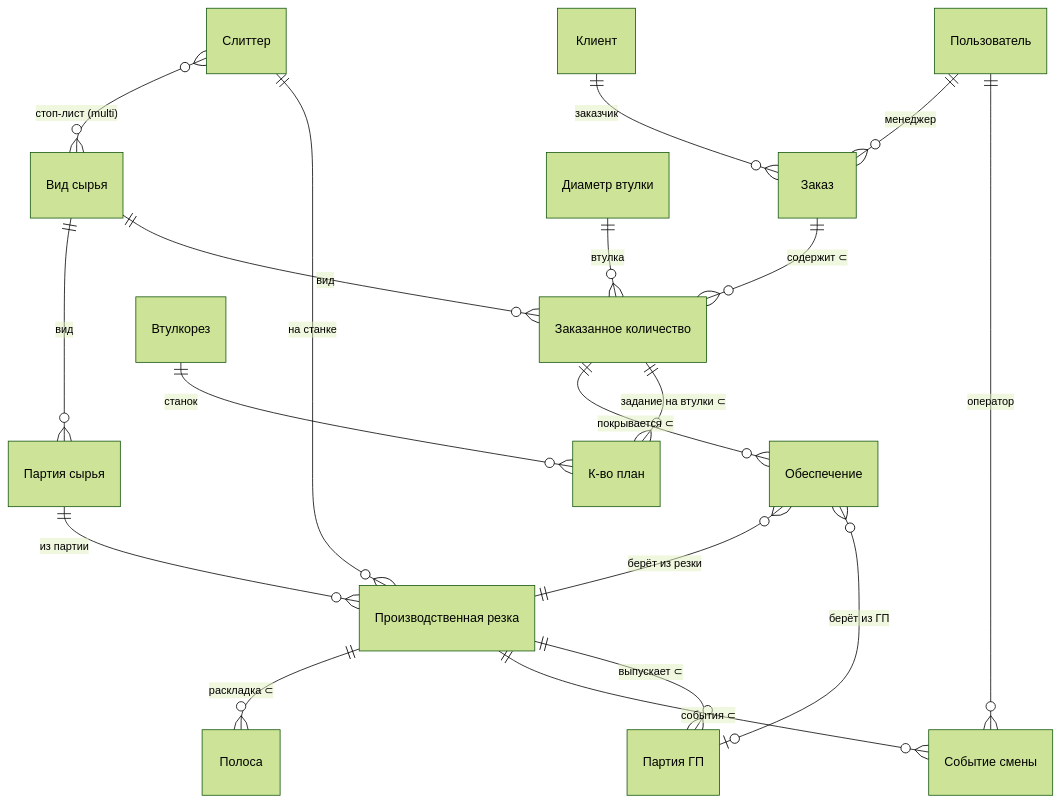
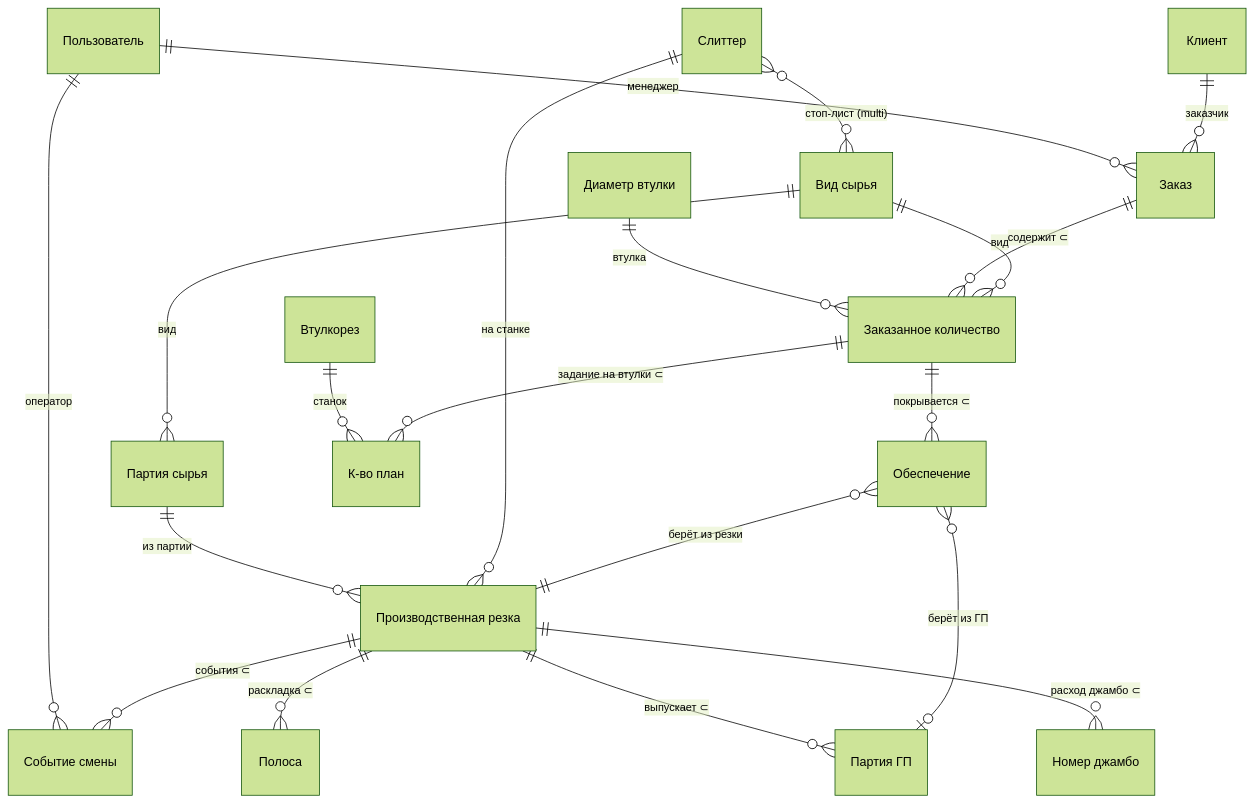
Before and after one commit to ideav/crm: the first of 2 diagrams in docs/atex_data_schema.md, drawn with Mermaid (forest theme). The commit also changed other lines of this file and 4 other files, not shown here.

First line of the commit message:
feat(atex-slitter #4860): расход джамбо — номер, рабочий расход, к списанию

````diff
--- a/docs/atex_data_schema.md
+++ b/docs/atex_data_schema.md
@@ -90,21 +91,22 @@
 ```mermaid
 erDiagram
     "Вид сырья"            ||--o{ "Партия сырья"          : "вид"
     "Вид сырья"            ||--o{ "Заказанное количество"        : "вид"
     "Слиттер"             }o--o{ "Вид сырья"             : "стоп-лист (multi)"
     "Клиент"               ||--o{ "Заказ"                 : "заказчик"
     "Пользователь"         ||--o{ "Заказ"                 : "менеджер"
     "Заказ"                ||--o{ "Заказанное количество"        : "содержит ⊂"
     "Заказанное количество"       ||--o{ "Обеспечение"           : "покрывается ⊂"
     "Заказанное количество"       ||--o{ "К-во план"             : "задание на втулки ⊂"
     "Диаметр втулки"       ||--o{ "Заказанное количество"        : "втулка"
     "Втулкорез"            ||--o{ "К-во план"             : "станок"
     "Обеспечение"          }o--|| "Производственная резка": "берёт из резки"
     "Обеспечение"          }o--o| "Партия ГП"             : "берёт из ГП"
     "Слиттер"             ||--o{ "Производственная резка" : "на станке"
     "Партия сырья"         ||--o{ "Производственная резка" : "из партии"
     "Производственная резка" ||--o{ "Полоса"              : "раскладка ⊂"
     "Производственная резка" ||--o{ "Событие смены"        : "события ⊂"
     "Производственная резка" ||--o{ "Партия ГП"            : "выпускает ⊂"
+    "Производственная резка" ||--o{ "Номер джамбо"         : "расход джамбо ⊂"
     "Пользователь"         ||--o{ "Событие смены"          : "оператор"
 ```
````
